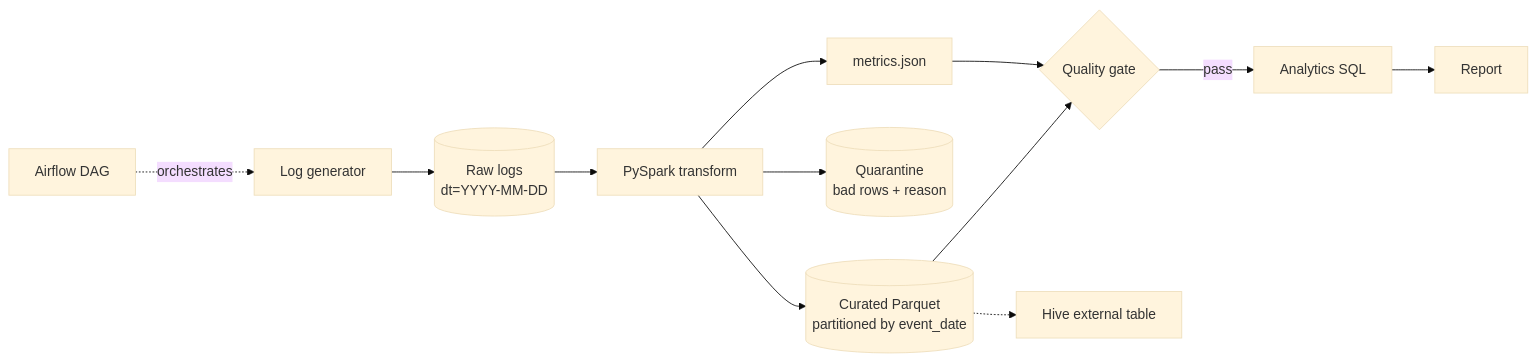
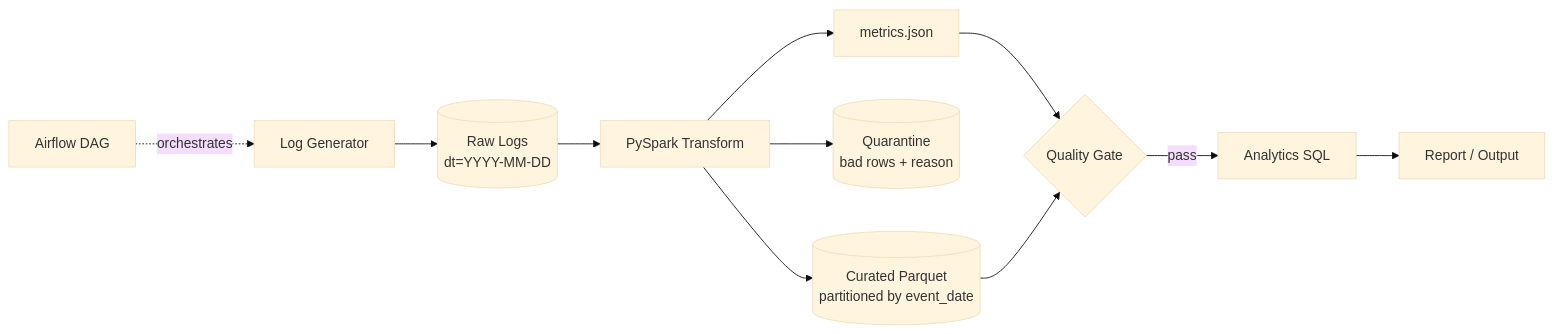
The diagram in README.md (RyukR1/Clickstream_analysis), drawn with Mermaid (base theme) before and after one commit. The commit also changed other lines of this file and 1 other file, not shown here.

Commit message:
docs: update README with modern PySpark, Airflow quickstart, and clean architecture

````diff
--- a/README.md
+++ b/README.md
@@ -11,14 +13,13 @@
 ```mermaid
 flowchart LR
-    G[Log generator] --> R[(Raw logs<br/>dt=YYYY-MM-DD)]
-    R --> T[PySpark transform]
+    G[Log Generator] --> R[(Raw Logs<br/>dt=YYYY-MM-DD)]
+    R --> T[PySpark Transform]
     T --> C[(Curated Parquet<br/>partitioned by event_date)]
     T --> Q[(Quarantine<br/>bad rows + reason)]
     T --> M[metrics.json]
-    M --> K{Quality gate}
+    M --> K{Quality Gate}
     C --> K
     K -->|pass| S[Analytics SQL]
-    S --> O[Report]
-    C -.-> H[Hive external table]
+    S --> O[Report / Output]
     A[Airflow DAG] -.orchestrates.-> G
 ```
````
